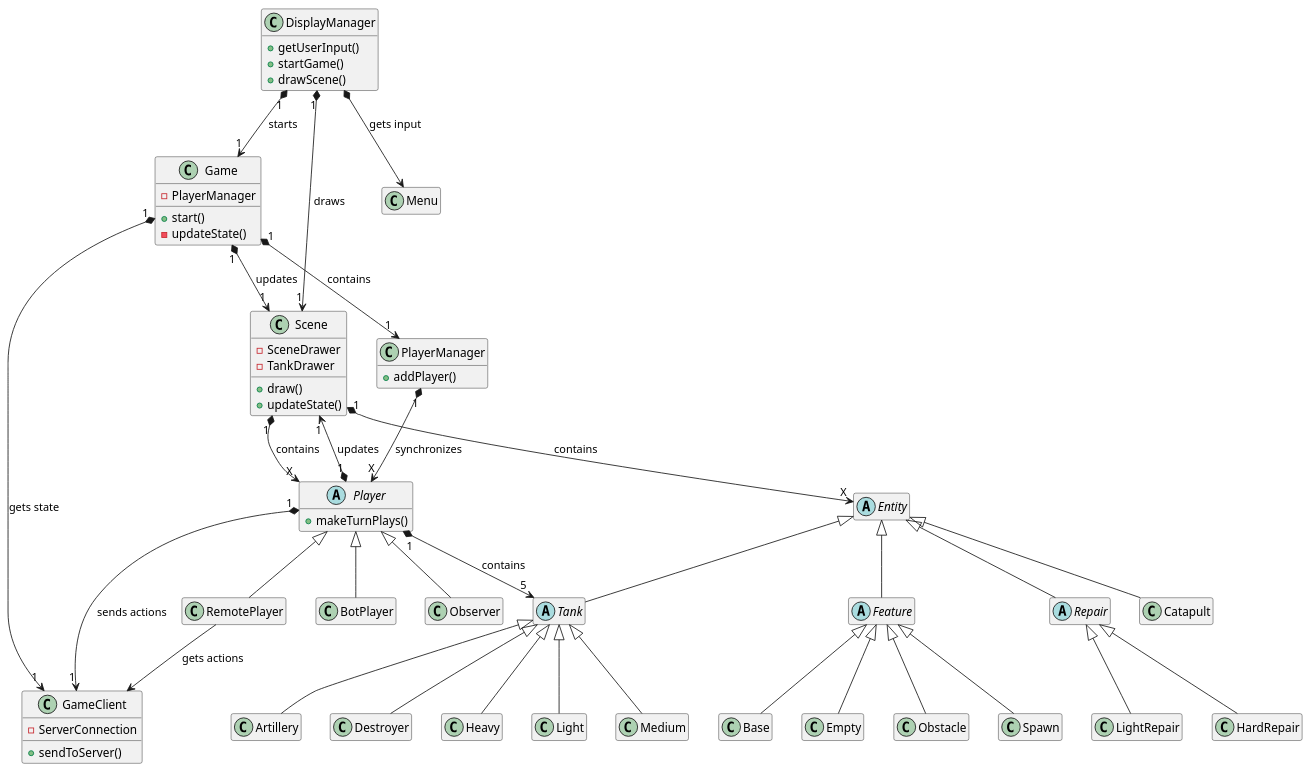
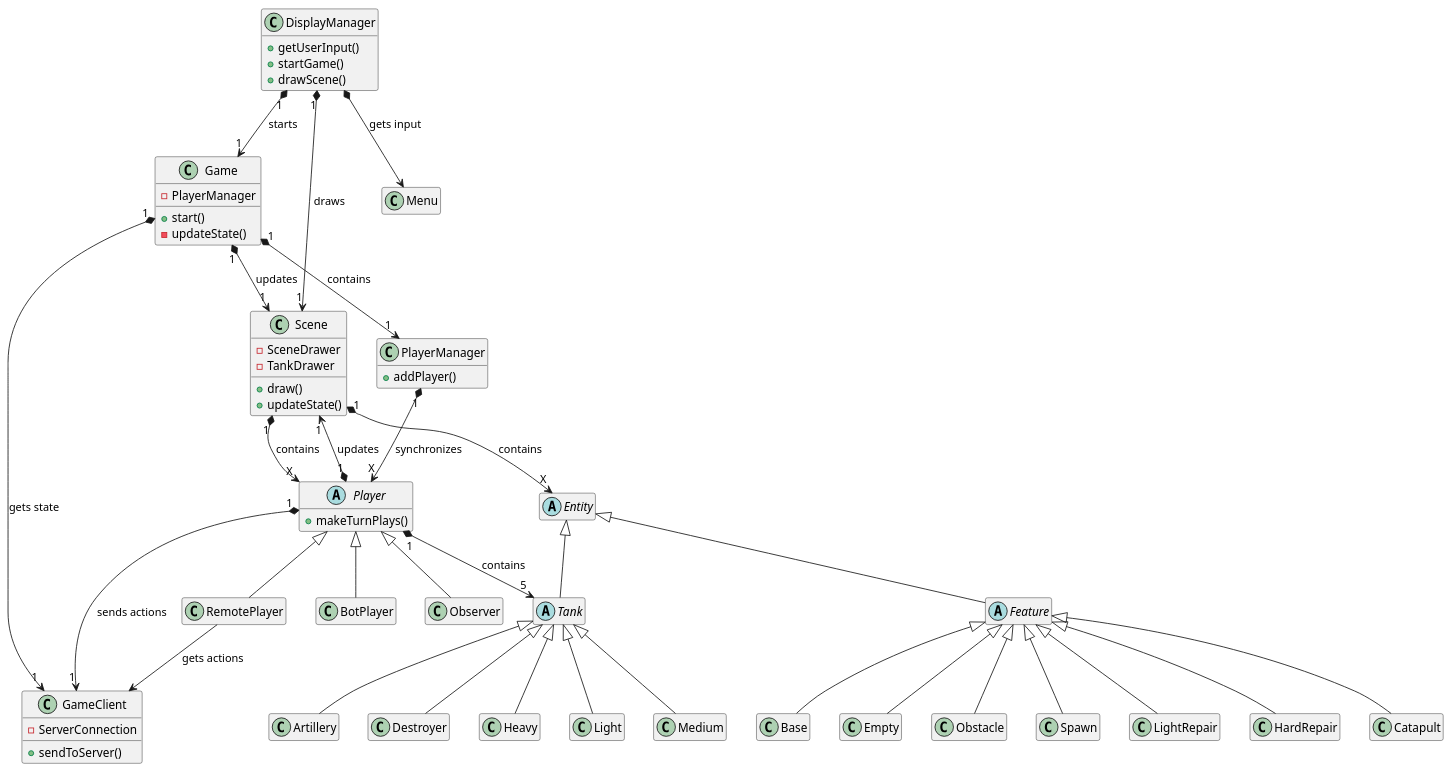
One commit to WG-Forge/Team-Segfault changed the diagram in structure.puml. Above: the diagram before and after it, drawn with PlantUML. The commit also changed 1 other file, not shown here.

```diff
--- a/structure.puml
+++ b/structure.puml
@@ -1,124 +1,120 @@
 @startuml
 hide empty members
 
 class DisplayManager {
     +getUserInput()
     +startGame()
     +drawScene()
 }
 
 class Game {
     +start()
     -updateState()
     -PlayerManager
 }
 
 class Scene {
     +draw()
     +updateState()
     -SceneDrawer
     -TankDrawer
 }
 
 class GameClient{
     +sendToServer()
     -ServerConnection
 }
 
 abstract class Player {
     +makeTurnPlays()
 }
 
 class RemotePlayer {
 }
 
 class BotPlayer {
 }
 
 class Observer {
 }
 
 abstract class Entity {
 }
 
 abstract class Tank {
 }
 
 class Artillery {
 }
 
 class Destroyer {
 }
 
 class Heavy {
 }
 
 class Light {
 }
 
 class Medium {
 }
 
 abstract class Feature {
 }
 
 class Base {
 }
 
 class Empty {
 }
 
 class Obstacle {
 }
 
 class Spawn {
 }
 
-abstract class Repair {
-}
-
 class LightRepair {
 }
 
 class HardRepair {
 }
 
 class Catapult {
 }
 
 class PlayerManager {
     +addPlayer()
 }
 
 Game "1" *-down-> "1" Scene: updates
 Game "1" *-down-> "1" GameClient: gets state
 Game "1" *-down-> "1" PlayerManager: contains
 PlayerManager "1" *-down-> "X" Player: synchronizes
 Scene "1" *-down-> "X" Entity: contains
 Scene "1" *-down-> "X" Player: contains
 Player <|-down- RemotePlayer
 Player <|-down- BotPlayer
 Player <|-down- Observer
 Player "1" *-down-> "5" Tank: contains
 Player "1" *-down-> "1" GameClient: sends actions
 RemotePlayer --> GameClient: gets actions
 Tank <|-down- Artillery
 Tank <|-down- Destroyer
 Tank <|-down- Heavy
 Tank <|-down- Light
 Tank <|-down- Medium
 Entity <|-down- Feature
-Entity <|-down- Repair
-Entity <|-down- Catapult
 Entity <|-down- Tank
 Feature <|-down- Base
 Feature <|-down- Empty
 Feature <|-down- Obstacle
 Feature <|-down- Spawn
+Feature <|-down- LightRepair
+Feature <|-down- HardRepair
+Feature <|-down- Catapult
 DisplayManager "1" *-down-> "1" Game: starts
 DisplayManager "1" *-down-> "1" Scene: draws
 DisplayManager *-down-> Menu: gets input
 Player "1" *-up-> "1" Scene: updates
-Repair <|-down- LightRepair
-Repair <|-down- HardRepair
 @enduml
```
